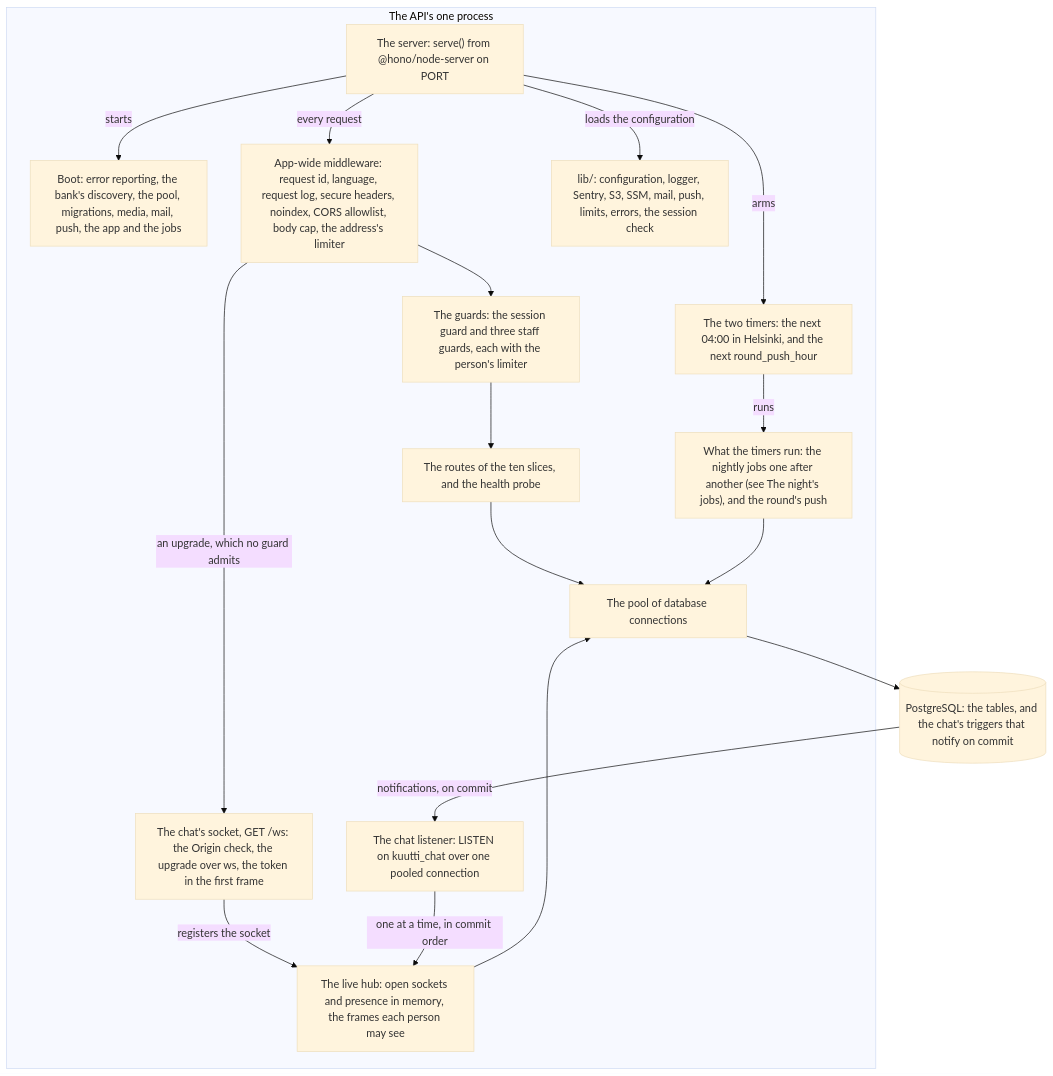
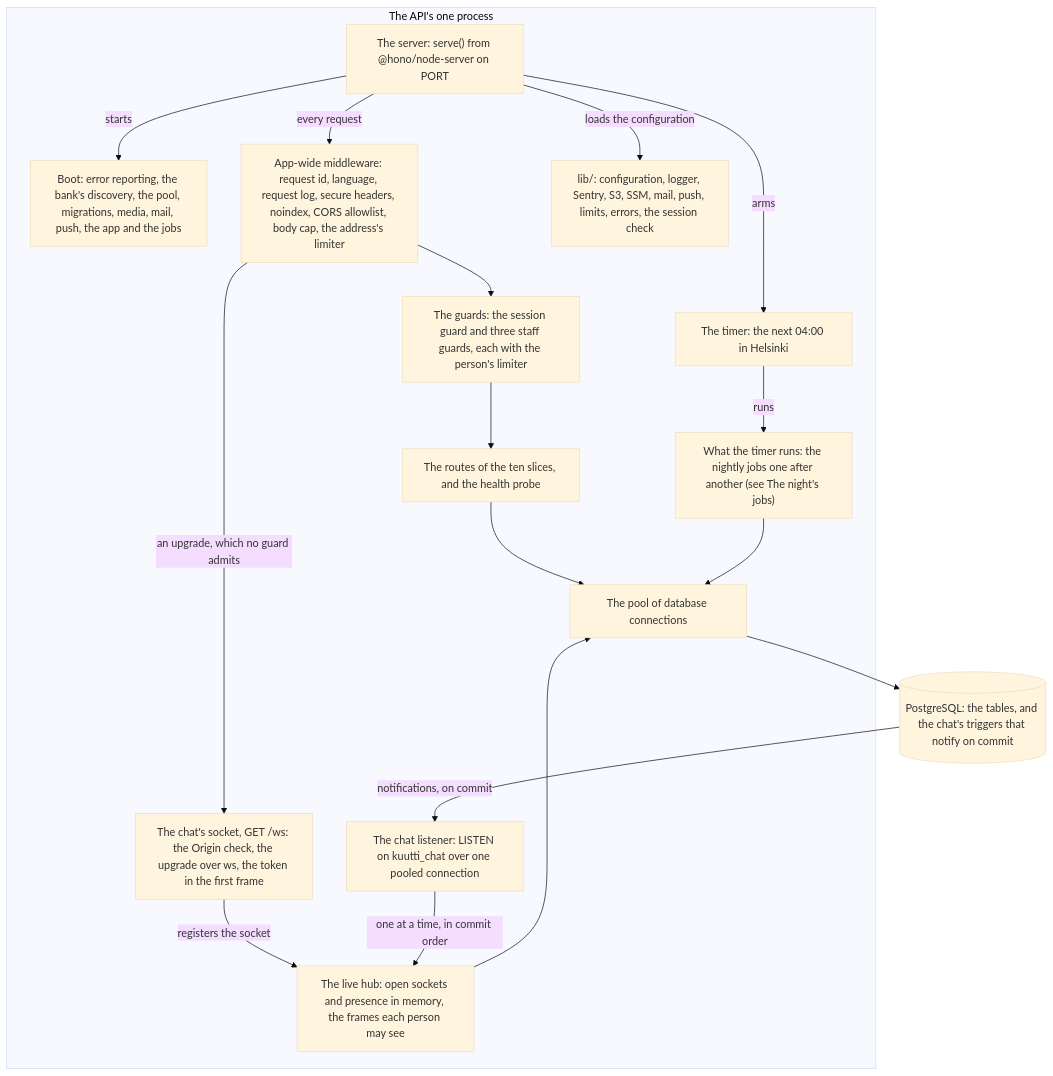
Before and after one commit to kuutti-ry/kuutti-app: the second of 3 diagrams in docs/architecture/components.md, drawn with Mermaid (base theme). The commit also changed other lines of this file and 213 other files, not shown here.

First line of the commit message:
Replace the daily round with one queue, an inbox stop and a turn limit (#578)

````diff
--- a/docs/architecture/components.md
+++ b/docs/architecture/components.md
@@ -79,35 +78,35 @@
 ```mermaid
 flowchart TB
   accTitle: Components, part 2: inside the API's one process
-  accDescr: One Node process serves HTTP and the chat's WebSocket on the same server, runs the nightly jobs on a timer and the round's push on a second. Requests pass the app-wide middleware, then a guard, then a slice's route. The socket's upgrade passes the same middleware, then authenticates by its first frame and registers with the live hub. The slices, the hub and the jobs reach PostgreSQL through one pool. The chat's triggers notify on commit, and one pooled connection listens and hands each notification to the hub.
+  accDescr: One Node process serves HTTP and the chat's WebSocket on the same server, and runs the nightly jobs on a timer. Requests pass the app-wide middleware, then a guard, then a slice's route. The socket's upgrade passes the same middleware, then authenticates by its first frame and registers with the live hub. The slices, the hub and the jobs reach PostgreSQL through one pool. The chat's triggers notify on commit, and one pooled connection listens and hands each notification to the hub.
   subgraph process["The API's one process"]
     c13["The server: serve() from @hono/node-server on PORT"]
     c14["Boot: error reporting, the bank's discovery, the pool, migrations, media, mail, push, the app and the jobs"]
     c15["App-wide middleware: request id, language, request log, secure headers, noindex, CORS allowlist, body cap, the address's limiter"]
     c16["The guards: the session guard and three staff guards, each with the person's limiter"]
     c17["The routes of the ten slices, and the health probe"]
     c18["The chat's socket, GET /ws: the Origin check, the upgrade over ws, the token in the first frame"]
     c19["The live hub: open sockets and presence in memory, the frames each person may see"]
     c20["The chat listener: LISTEN on kuutti_chat over one pooled connection"]
-    c21["The two timers: the next 04:00 in Helsinki, and the next round_push_hour"]
-    c22["What the timers run: the nightly jobs one after another (see The night's jobs), and the round's push"]
+    c21["The timer: the next 04:00 in Helsinki"]
+    c22["What the timer runs: the nightly jobs one after another (see The night's jobs)"]
     c23["lib/: configuration, logger, Sentry, S3, SSM, mail, push, limits, errors, the session check"]
     c24["The pool of database connections"]
   end
   c25[("PostgreSQL: the tables, and the chat's triggers that notify on commit")]
   c13 -->|"loads the configuration"| c23
   c13 -->|"starts"| c14
   c13 -->|"every request"| c15
   c15 --> c16
   c16 --> c17
   c15 -->|"an upgrade, which no guard admits"| c18
   c18 -->|"registers the socket"| c19
   c17 --> c24
   c19 --> c24
   c13 -->|"arms"| c21
   c21 -->|"runs"| c22
   c22 --> c24
   c24 --> c25
   c25 -->|"notifications, on commit"| c20
   c20 -->|"one at a time, in commit order"| c19
 ```
````
